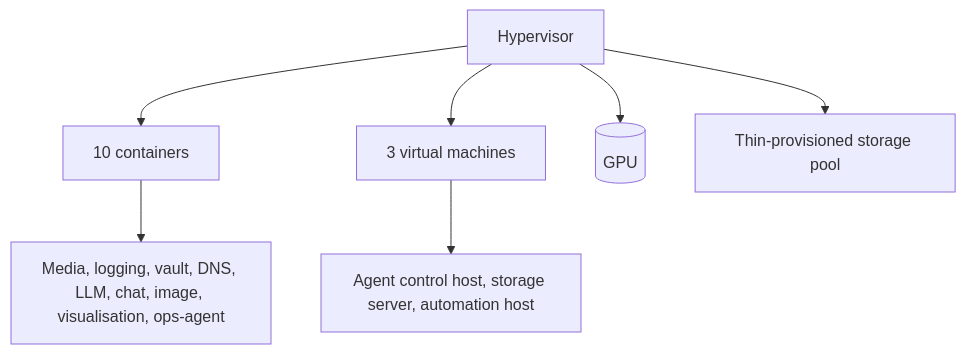
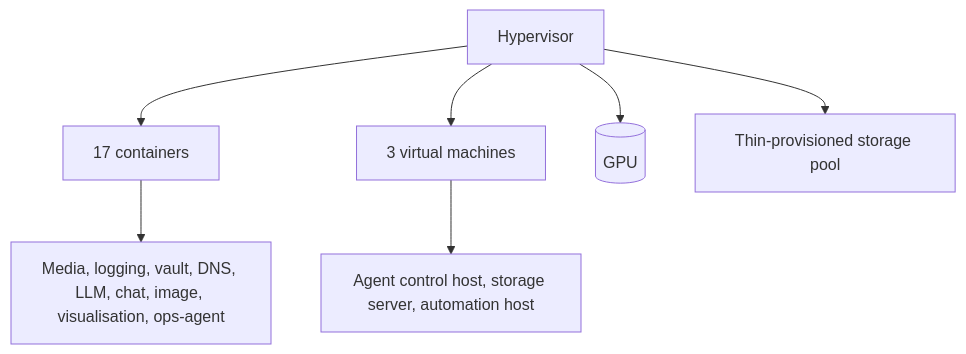
The first of 4 diagrams in docs/architecture.md (steveromine/lab-handbook), drawn with Mermaid before and after one commit. The commit also changed 3 other files, not shown here.

````diff
--- a/docs/architecture.md
+++ b/docs/architecture.md
@@ -12,9 +12,9 @@
 ```mermaid
 flowchart TB
-    HV[Hypervisor] --> LXC[10 containers]
+    HV[Hypervisor] --> LXC[17 containers]
     HV --> VM[3 virtual machines]
     HV --> GPU[(GPU)]
     HV --> POOL[Thin-provisioned storage pool]
     LXC --> ROLES1[Media, logging, vault, DNS, LLM, chat, image, visualisation, ops-agent]
     VM --> ROLES2[Agent control host, storage server, automation host]
 ```
````
